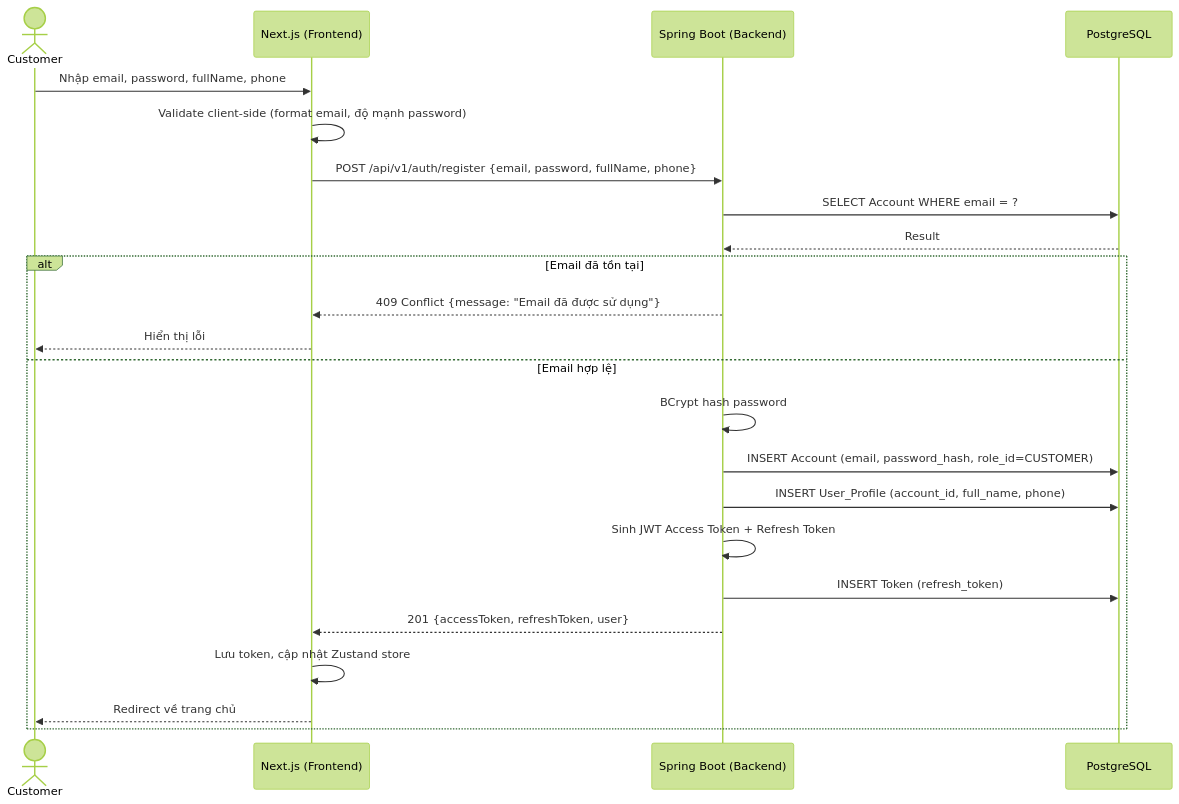
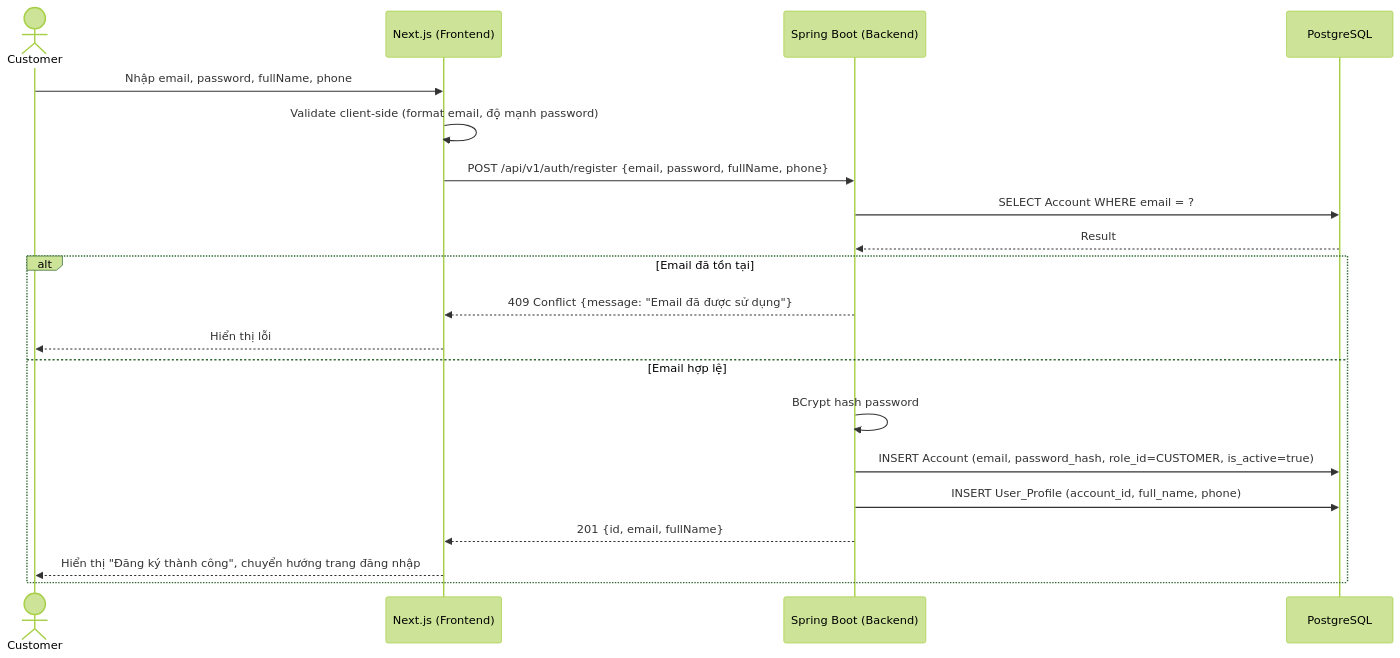
One commit to huuhieu56/PC-Parts-ECommerce changed the sixth of 35 diagrams in docs/design.md. Above: the diagram before and after it, drawn with Mermaid (forest theme). The commit also changed other lines of this file and 1 other file, not shown here.

````diff
--- a/docs/design.md
+++ b/docs/design.md
@@ -677,28 +677,25 @@
 ```mermaid
 sequenceDiagram
     actor Customer
     participant FE as Next.js (Frontend)
     participant BE as Spring Boot (Backend)
     participant DB as PostgreSQL
 
     Customer->>FE: Nhập email, password, fullName, phone
     FE->>FE: Validate client-side (format email, độ mạnh password)
     FE->>BE: POST /api/v1/auth/register {email, password, fullName, phone}
 
     BE->>DB: SELECT Account WHERE email = ?
     DB-->>BE: Result
 
     alt Email đã tồn tại
         BE-->>FE: 409 Conflict {message: "Email đã được sử dụng"}
         FE-->>Customer: Hiển thị lỗi
     else Email hợp lệ
         BE->>BE: BCrypt hash password
-        BE->>DB: INSERT Account (email, password_hash, role_id=CUSTOMER)
+        BE->>DB: INSERT Account (email, password_hash, role_id=CUSTOMER, is_active=true)
         BE->>DB: INSERT User_Profile (account_id, full_name, phone)
-        BE->>BE: Sinh JWT Access Token + Refresh Token
-        BE->>DB: INSERT Token (refresh_token)
-        BE-->>FE: 201 {accessToken, refreshToken, user}
-        FE->>FE: Lưu token, cập nhật Zustand store
-        FE-->>Customer: Redirect về trang chủ
+        BE-->>FE: 201 {id, email, fullName}
+        FE-->>Customer: Hiển thị "Đăng ký thành công", chuyển hướng trang đăng nhập
     end
 ```
````
